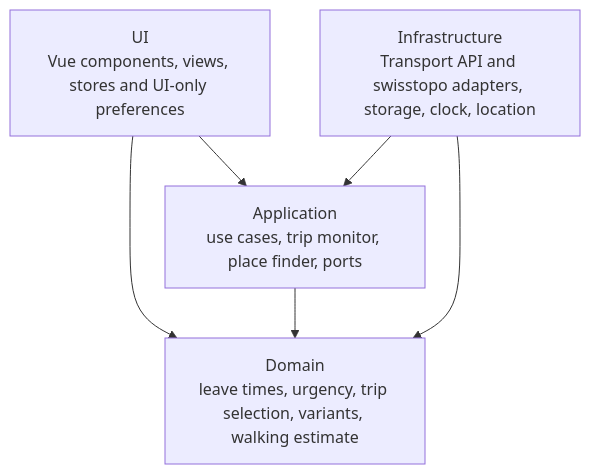
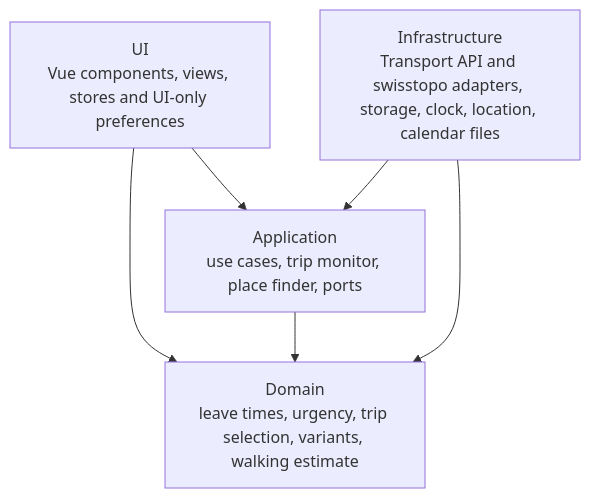
Before and after one commit to ndum/kairos: the third of 4 diagrams in README.md, drawn with Mermaid. The commit also changed other lines of this file and 11 other files, not shown here.

````diff
--- a/README.md
+++ b/README.md
@@ -82,13 +82,13 @@
 ```mermaid
 flowchart TB
     ui[UI<br/>Vue components, views, stores and UI-only preferences]
     application[Application<br/>use cases, trip monitor, place finder, ports]
     domain[Domain<br/>leave times, urgency, trip selection, variants, walking estimate]
-    infrastructure[Infrastructure<br/>Transport API and swisstopo adapters, storage, clock, location]
+    infrastructure[Infrastructure<br/>Transport API and swisstopo adapters, storage, clock, location, calendar files]
 
     ui --> application
     ui --> domain
     application --> domain
     infrastructure --> application
     infrastructure --> domain
 ```
````
